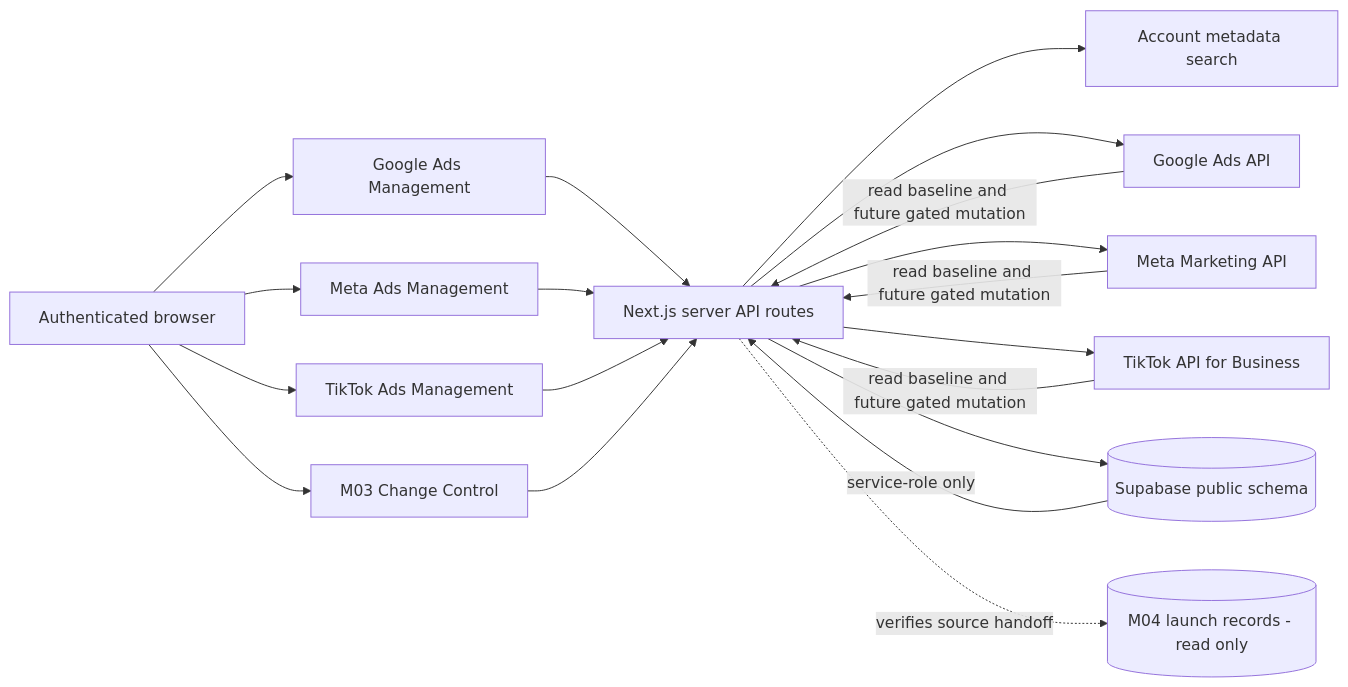
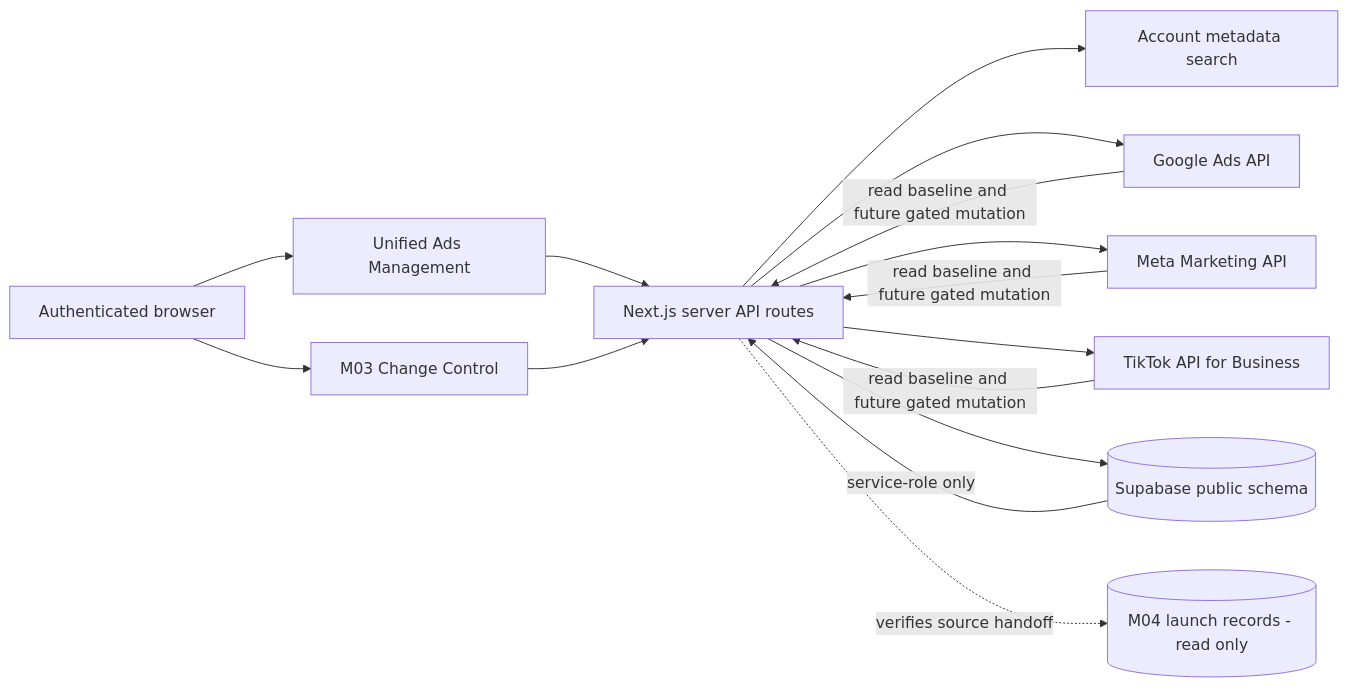
Before and after one commit to locust08/Automation-Report: the first of 5 diagrams in docs/architecture/m03-change-control-ad-management-integrations.md, drawn with Mermaid. The commit also changed other lines of this file and 21 other files, not shown here.

Commit message:
feat: unify cross-platform ads management

````diff
--- a/docs/architecture/m03-change-control-ad-management-integrations.md
+++ b/docs/architecture/m03-change-control-ad-management-integrations.md
@@ -5,38 +5,32 @@
 ```mermaid
 flowchart LR
     Browser[Authenticated browser]
-    GoogleUI[Google Ads Management]
-    MetaUI[Meta Ads Management]
-    TikTokUI[TikTok Ads Management]
+    ManagementUI[Unified Ads Management]
     M03UI[M03 Change Control]
 
     NextAPI[Next.js server API routes]
     AccountSearch[Account metadata search]
     GoogleAPI[Google Ads API]
     MetaAPI[Meta Marketing API]
     TikTokAPI[TikTok API for Business]
     Supabase[(Supabase public schema)]
     M04[(M04 launch records - read only)]
 
-    Browser --> GoogleUI
-    Browser --> MetaUI
-    Browser --> TikTokUI
+    Browser --> ManagementUI
     Browser --> M03UI
 
-    GoogleUI --> NextAPI
-    MetaUI --> NextAPI
-    TikTokUI --> NextAPI
+    ManagementUI --> NextAPI
     M03UI --> NextAPI
 
     NextAPI --> AccountSearch
     NextAPI --> GoogleAPI
     NextAPI --> MetaAPI
     NextAPI --> TikTokAPI
     NextAPI --> Supabase
     NextAPI -. verifies source handoff .-> M04
 
     Supabase -->|service-role only| NextAPI
     GoogleAPI -->|read baseline and future gated mutation| NextAPI
     MetaAPI -->|read baseline and future gated mutation| NextAPI
     TikTokAPI -->|read baseline and future gated mutation| NextAPI
 ```
````
